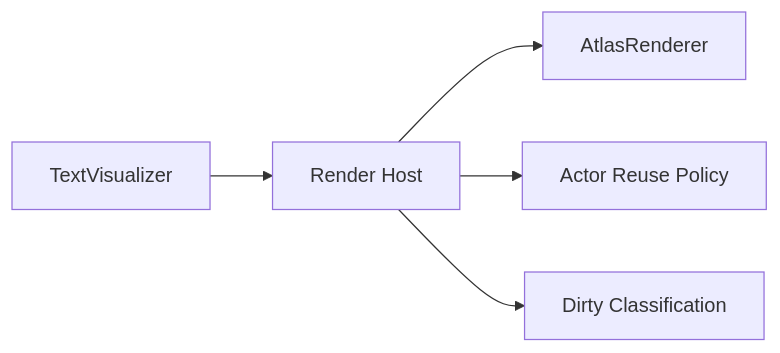
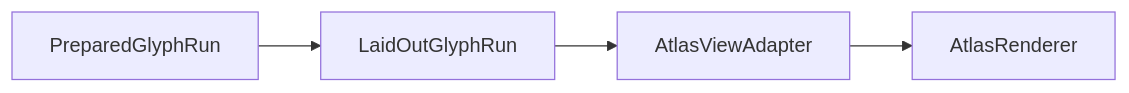
The third of 3 diagrams in docs/text-visualizer/04-atlas-renderer-analysis.ko.md (wonrst/dali-ui), drawn with Mermaid before and after one commit. The commit also changed other lines of this file, not shown here.

Commit message:
Add atlas renderer analysis for text visualizer

````diff
--- a/docs/text-visualizer/04-atlas-renderer-analysis.ko.md
+++ b/docs/text-visualizer/04-atlas-renderer-analysis.ko.md
@@ -188,7 +322,6 @@
 ```mermaid
 flowchart LR
-  A[TextVisualizer] --> B[Render Host]
-  B --> C[AtlasRenderer]
-  B --> D[Actor Reuse Policy]
-  B --> E[Dirty Classification]
+  A[PreparedGlyphRun] --> B[LaidOutGlyphRun]
+  B --> C[AtlasViewAdapter]
+  C --> D[AtlasRenderer]
 ```
````
